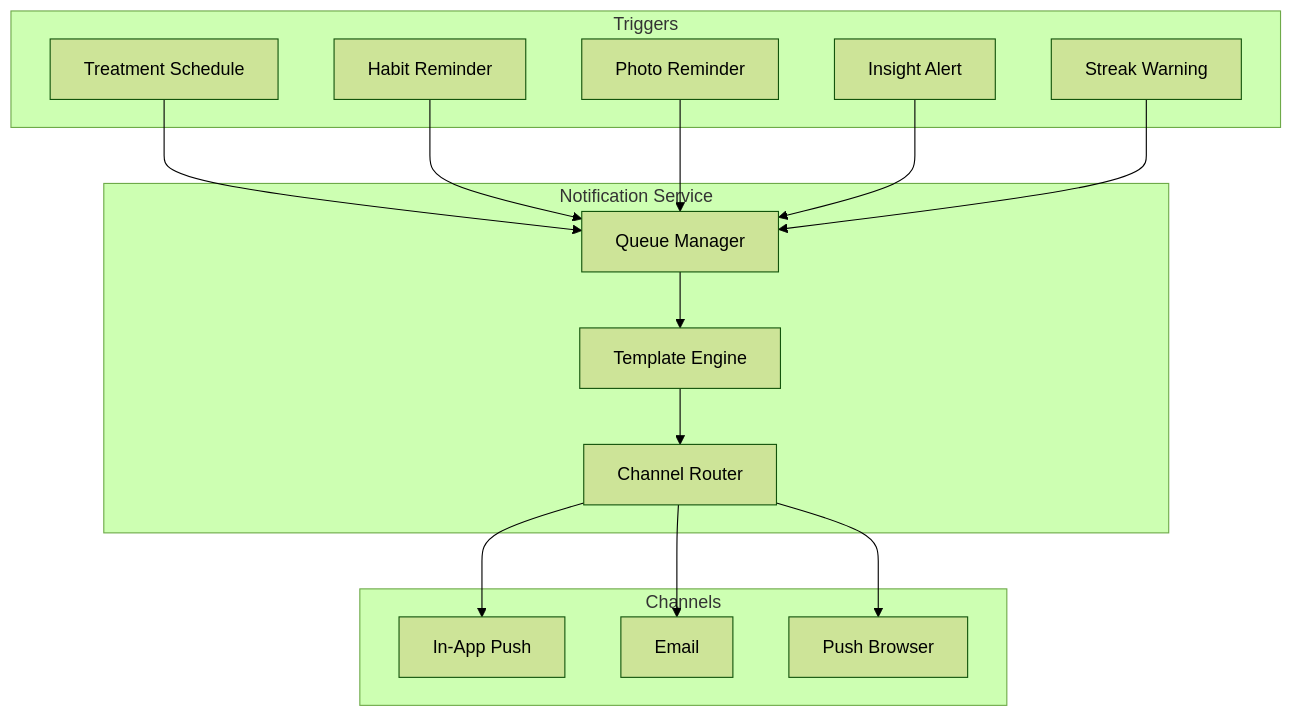
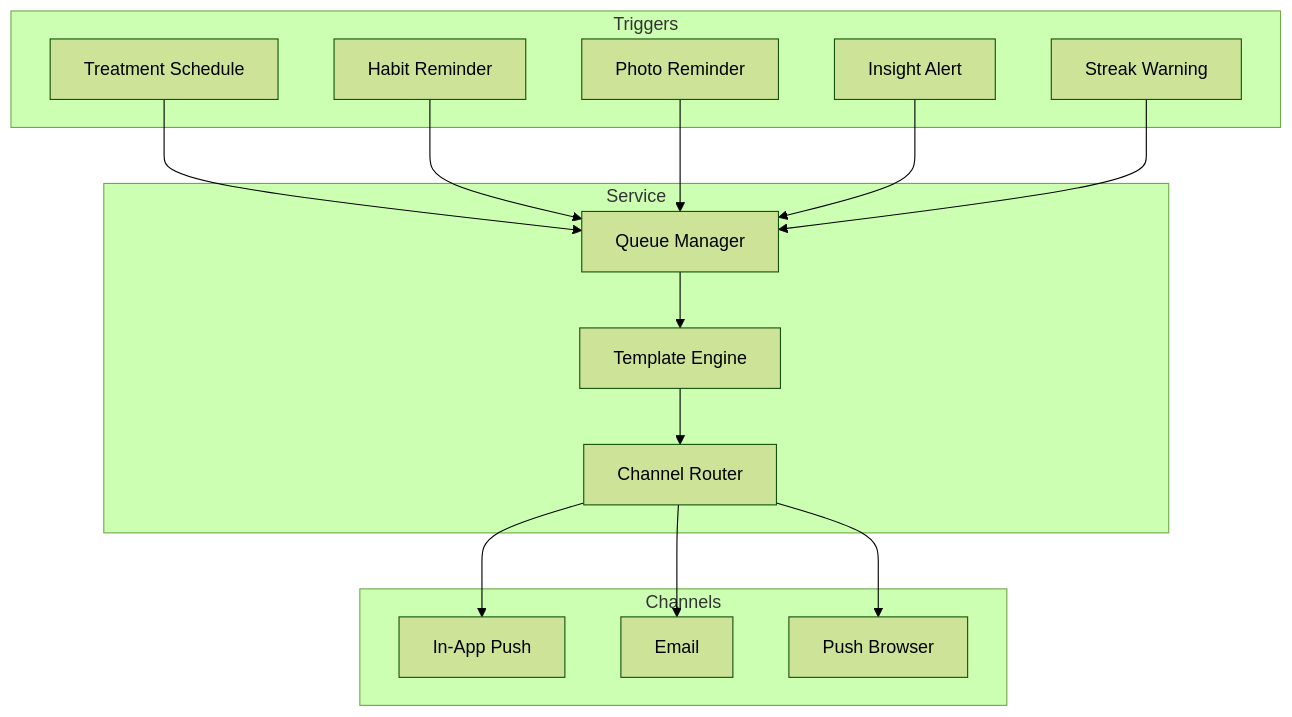
Before and after one commit to petrushandika/Scalp-Analytics: the ninth of 9 diagrams in Documentation/USER-FLOW.md, drawn with Mermaid (forest theme). The commit also changed other lines of this file, not shown here.

Commit message:
Remove outdated wireframe sections from user flow documentation, streamlining content for user registration, habit logging, photo selection, analysis results, and treatment checklists. This update enhances clarity and focuses on current processes.

````diff
--- a/Documentation/USER-FLOW.md
+++ b/Documentation/USER-FLOW.md
@@ -665,30 +649,30 @@
 ```mermaid
 flowchart TD
     subgraph Triggers
         A[Treatment Schedule]
         B[Habit Reminder]
         C[Photo Reminder]
         D[Insight Alert]
         E[Streak Warning]
     end
-    subgraph Notification Service
+    subgraph Service
         F[Queue Manager]
         G[Template Engine]
         H[Channel Router]
     end
     subgraph Channels
         I[In-App Push]
         J[Email]
         K[Push Browser]
     end
     A --> F
     B --> F
     C --> F
     D --> F
     E --> F
     F --> G
     G --> H
     H --> I
     H --> J
     H --> K
 ```
````
